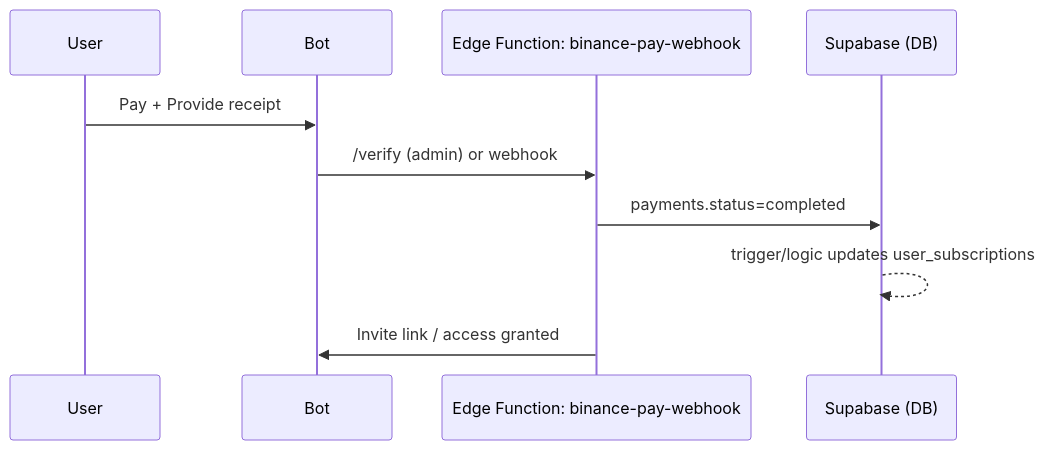
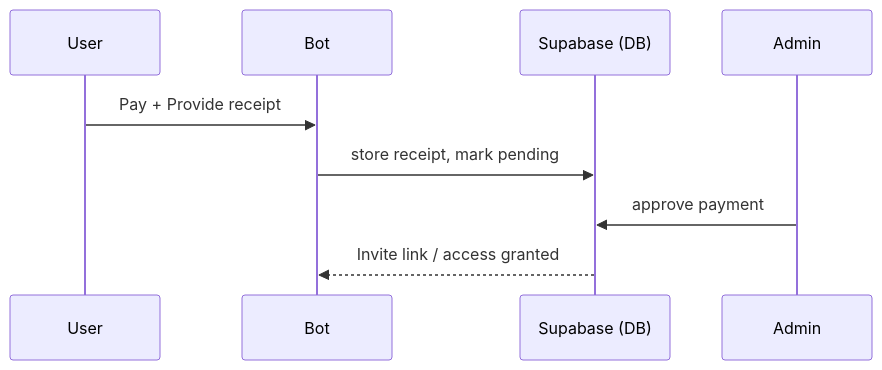
One commit to Dynamic-Capital/chatty-telly-bot changed the second of 2 diagrams in docs/FLOW_OVERVIEW.md. Above: the diagram before and after it, drawn with Mermaid. The commit also changed 18 other files, not shown here.

Commit message:
Remove Binance Pay webhook and enable manual & crypto processing

````diff
--- a/docs/FLOW_OVERVIEW.md
+++ b/docs/FLOW_OVERVIEW.md
@@ -13,12 +13,10 @@
 ```mermaid
 sequenceDiagram
   participant User
   participant Bot
-  participant Edge as Edge Function: binance-pay-webhook
   participant DB as Supabase (DB)
   User->>Bot: Pay + Provide receipt
-  Bot->>Edge: /verify (admin) or webhook
-  Edge->>DB: payments.status=completed
-  DB-->>DB: trigger/logic updates user_subscriptions
-  Edge->>Bot: Invite link / access granted
+  Bot->>DB: store receipt, mark pending
+  Admin->>DB: approve payment
+  DB-->>Bot: Invite link / access granted
 ```
````
